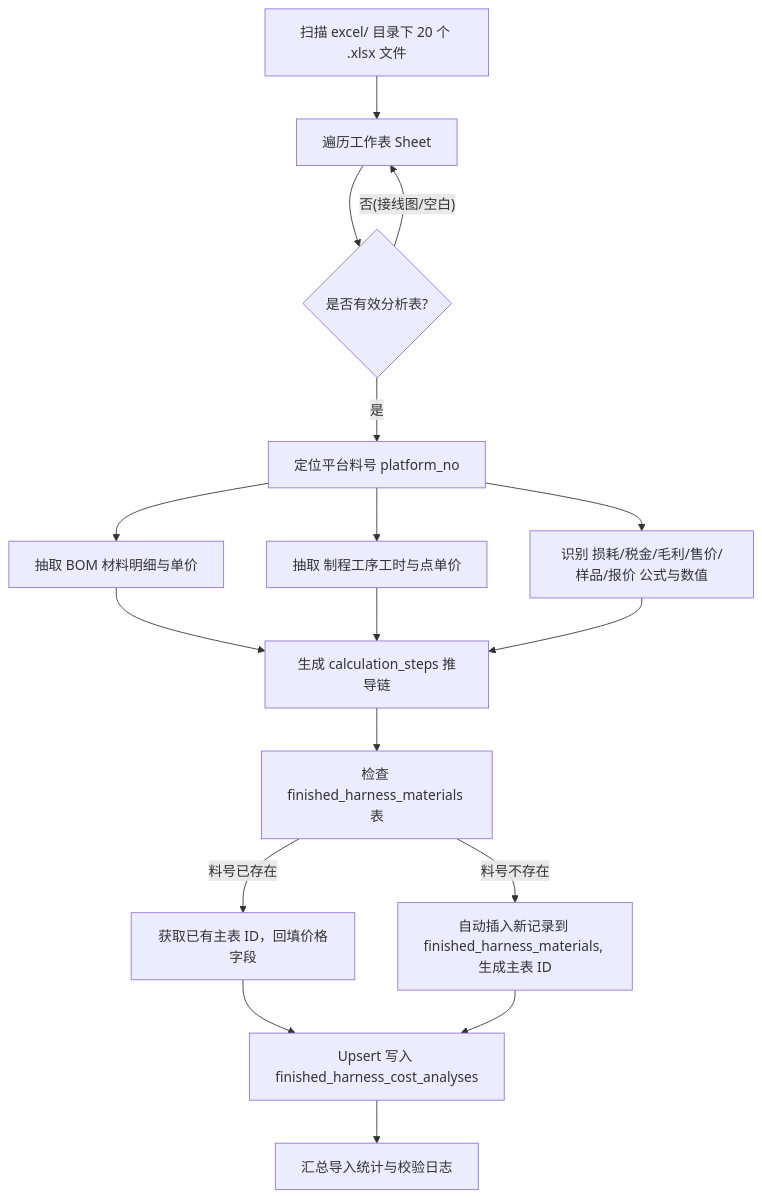
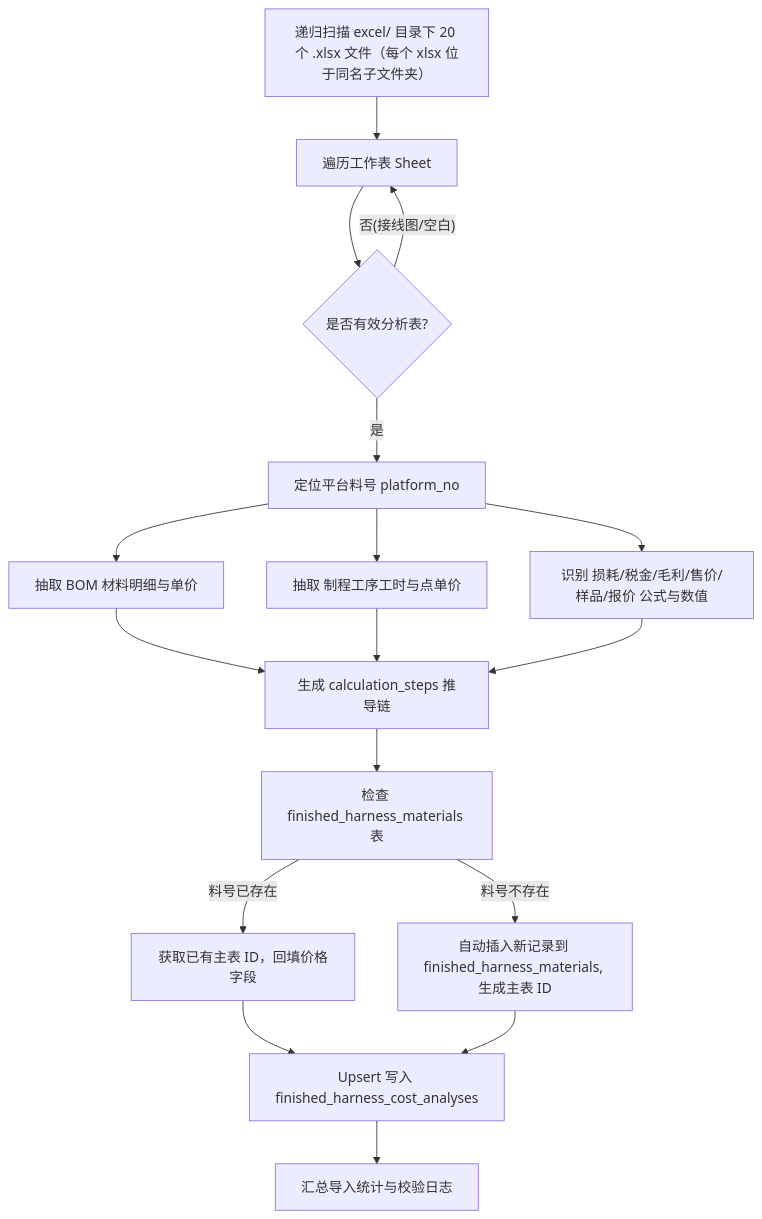
One commit to Dream-cmd13/wire-designer changed the second of 2 diagrams in docs/finished-harness-cost-analysis-plan.md. Above: the diagram before and after it, drawn with Mermaid. The commit also changed other lines of this file and 10 other files, not shown here.

Commit message:
feat: 递归扫描 excel 子目录并为无图纸成品方案补充 2D 图纸

````diff
--- a/docs/finished-harness-cost-analysis-plan.md
+++ b/docs/finished-harness-cost-analysis-plan.md
@@ -244,16 +244,16 @@
 ```mermaid
 flowchart TD
-    A[扫描 excel/ 目录下 20 个 .xlsx 文件] --> B[遍历工作表 Sheet]
+    A[递归扫描 excel/ 目录下 20 个 .xlsx 文件（每个 xlsx 位于同名子文件夹）] --> B[遍历工作表 Sheet]
     B --> C{是否有效分析表?}
     C -- 否(接线图/空白) --> B
     C -- 是 --> D[定位平台料号 platform_no]
     D --> E[抽取 BOM 材料明细与单价]
     D --> F[抽取 制程工序工时与点单价]
     D --> G[识别 损耗/税金/毛利/售价/样品/报价 公式与数值]
     E & F & G --> H[生成 calculation_steps 推导链]
     H --> I[检查 finished_harness_materials 表]
     I -- 料号已存在 --> J[获取已有主表 ID，回填价格字段]
     I -- 料号不存在 --> K[自动插入新记录到 finished_harness_materials, 生成主表 ID]
     J & K --> L[Upsert 写入 finished_harness_cost_analyses]
     L --> M[汇总导入统计与校验日志]
 ```
````
